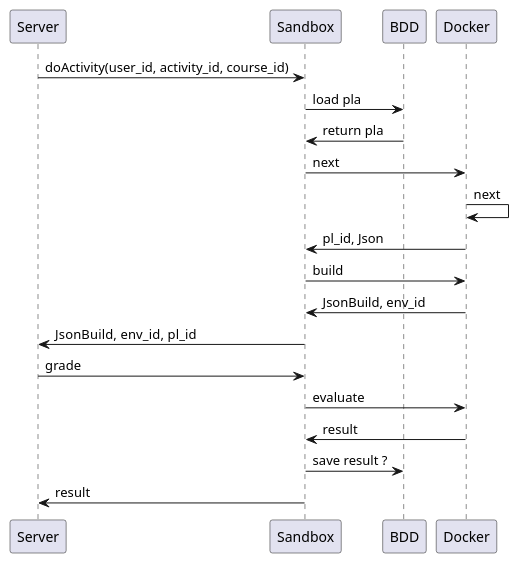
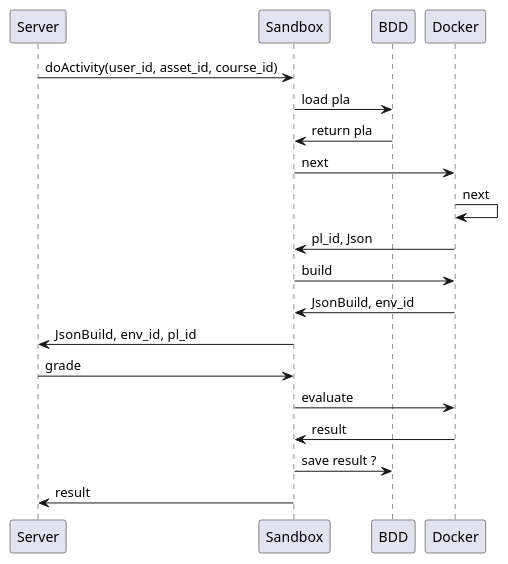
One commit to PremierLangage/platon-conception changed the diagram in UML/plansPlatons/UML/PlayexoSandbox.pu. Above: the diagram before and after it, drawn with PlantUML.

Commit message:
refractor(PlayexoSandbox.pu): fix asset_id

```diff
--- a/UML/plansPlatons/UML/PlayexoSandbox.pu
+++ b/UML/plansPlatons/UML/PlayexoSandbox.pu
@@ -1,18 +1,18 @@
 @startuml
 
-Server -> Sandbox : doActivity(user_id, activity_id, course_id)
+Server -> Sandbox : doActivity(user_id, asset_id, course_id)
 Sandbox -> BDD : load pla
 BDD -> Sandbox : return pla
 Sandbox -> Docker : next
 Docker -> Docker : next
 Docker -> Sandbox : pl_id, Json
 Sandbox -> Docker : build
 Docker -> Sandbox : JsonBuild, env_id
 Sandbox -> Server : JsonBuild, env_id,  pl_id
 Server -> Sandbox : grade
 Sandbox -> Docker : evaluate
 Docker -> Sandbox : result
 Sandbox -> BDD : save result ?
 Sandbox -> Server : result
 
 @enduml
```
